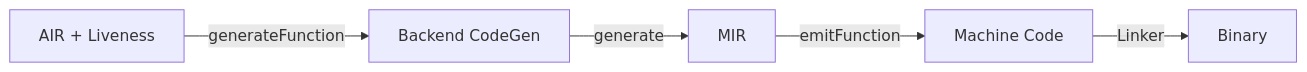
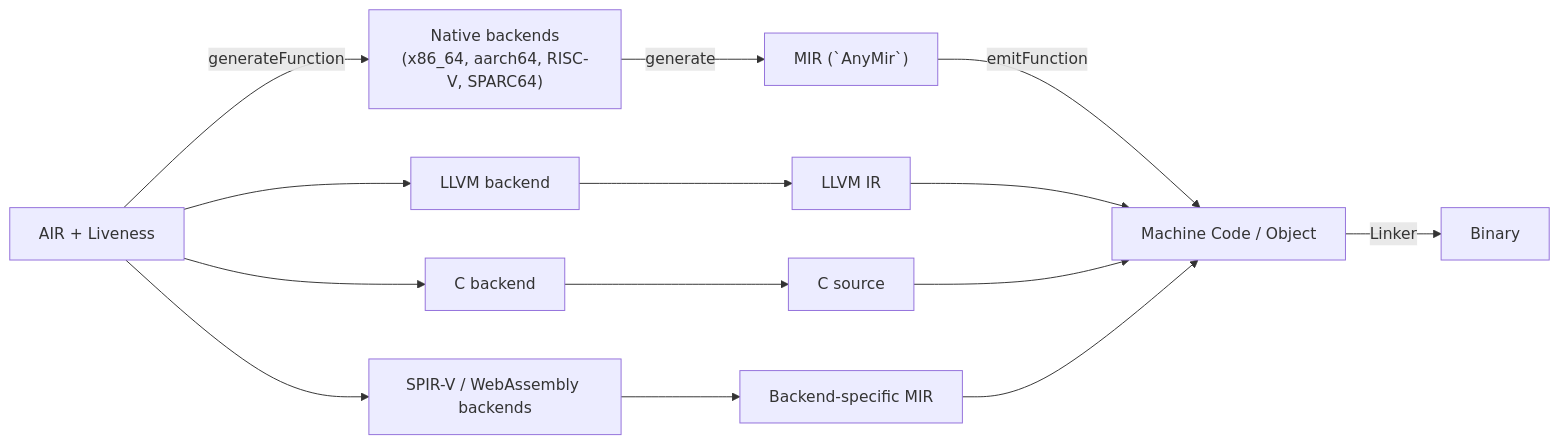
The third of 5 diagrams in docs/dev/pl_references/zig.md (ryolang/ryo), drawn with Mermaid before and after one commit. The commit also changed other lines of this file and 2 other files, not shown here.

Commit message:
docs: fix pl_references phase counts, codegen pipeline, and spec links

````diff
--- a/docs/dev/pl_references/zig.md
+++ b/docs/dev/pl_references/zig.md
@@ -226,7 +226,16 @@
 ```mermaid
 flowchart LR
-    A["AIR + Liveness"] -->|generateFunction| B["Backend CodeGen"]
-    B -->|generate| C["MIR"]
-    C -->|emitFunction| D["Machine Code"]
-    D -->|Linker| E["Binary"]
+    A["AIR + Liveness"] -->|generateFunction| B["Native backends<br/>(x86_64, aarch64, RISC-V, SPARC64)"]
+    A --> C["LLVM backend"]
+    A --> D["C backend"]
+    A --> E["SPIR-V / WebAssembly backends"]
+    B -->|generate| F["MIR (`AnyMir`)"]
+    C --> G["LLVM IR"]
+    D --> H["C source"]
+    E --> I["Backend-specific MIR"]
+    F -->|emitFunction| J["Machine Code / Object"]
+    G --> J
+    H --> J
+    I --> J
+    J -->|Linker| K["Binary"]
 ```
````
